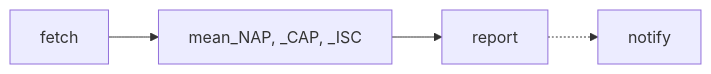
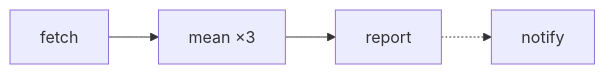
The diagram in en/notes/A4-DAGonWeb.md (DagOnStar/DAGonStar-in-Practice), drawn with Mermaid before and after one commit. The commit also changed other lines of this file and 81 other files, not shown here.

````diff
--- a/en/notes/A4-DAGonWeb.md
+++ b/en/notes/A4-DAGonWeb.md
@@ -174,10 +174,10 @@
 ```mermaid
 flowchart LR
   f["fetch"]
-  m["mean_NAP, _CAP, _ISC"]
+  m["mean ×3"]
   r["report"]
   n["notify"]
   f --> m
   m --> r
   r -.-> n
 ```
````
